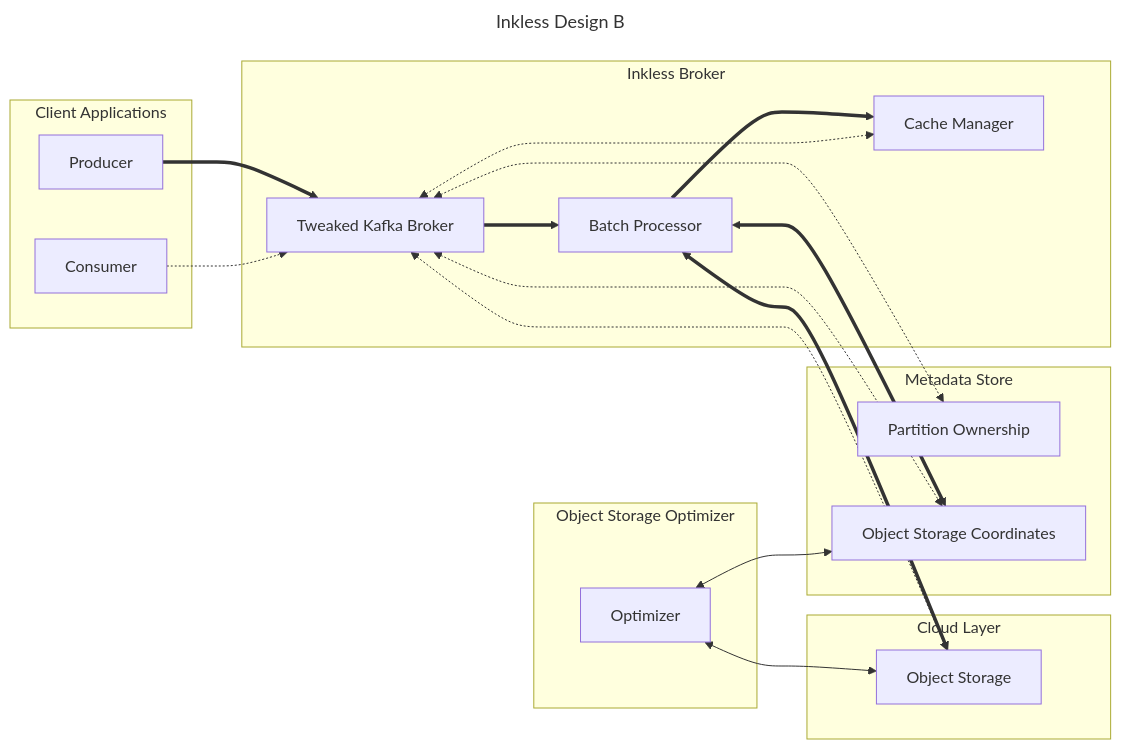
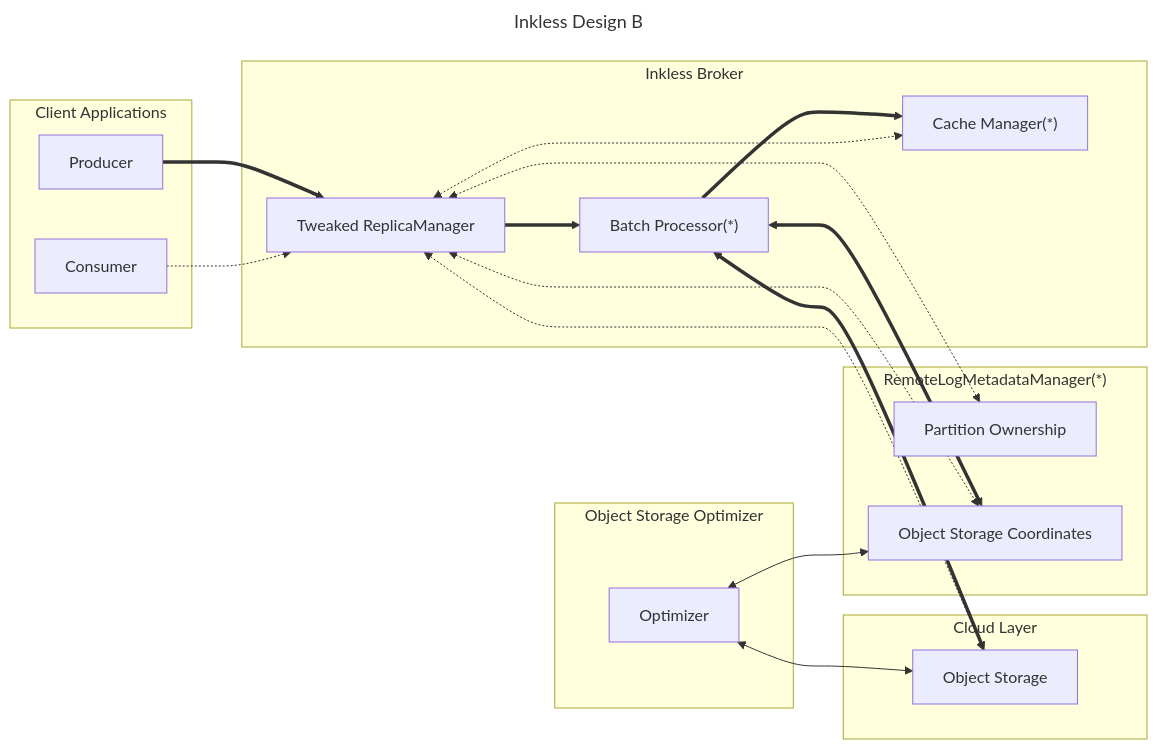
One commit to aiven/inkless changed the first of 4 diagrams in inkless/Proposal-B.md. Above: the diagram before and after it, drawn with Mermaid. The commit also changed other lines of this file, not shown here.

Commit message:
refactor: add similarities with existing tiered-storage
Some components related to existing components available from Tiered
Storage. This just adds some notes to keep this in mind, although this
may change on the implementation phase.

````diff
--- a/inkless/Proposal-B.md
+++ b/inkless/Proposal-B.md
@@ -1,37 +1,37 @@
 ```mermaid
 ---
 title: Inkless Design B
 ---
 flowchart LR
     subgraph ClientsA[Client Applications]
         Producer[Producer]
         Consumer[Consumer]
     end
     subgraph Cloud[Cloud Layer]
         ObjectStorage[Object Storage]
     end
     subgraph Service[Inkless Broker]
-        Broker[Tweaked Kafka Broker]
-        BatchProcessor[Batch Processor]
-        CacheManager[Cache Manager]
+        Broker[Tweaked ReplicaManager]
+        BatchProcessor["Batch Processor(*)"]
+        CacheManager["Cache Manager(*)"]
     end
-    subgraph Metadata[Metadata Store]
+    subgraph Metadata["RemoteLogMetadataManager(*)"]
         PartitionOwnership[Partition Ownership]
         ObjectStorageCoordinates[Object Storage Coordinates]
     end
     subgraph ObjStorageOptimizer[Object Storage Optimizer]
         Optimizer[Optimizer]
     end
 %% Produce Data
     Producer ==> Broker ==> BatchProcessor ==>CacheManager
     BatchProcessor <==> ObjectStorage
     BatchProcessor <==> ObjectStorageCoordinates
 %% Consume Data
     Consumer -.-> Broker <-.-> PartitionOwnership 
     Broker <-.-> ObjectStorageCoordinates
     Broker <-.-> CacheManager
     Broker <-.-> ObjectStorage
 %% Optimizer
     Optimizer <--> ObjectStorage
     Optimizer <--> ObjectStorageCoordinates
 ```
````
